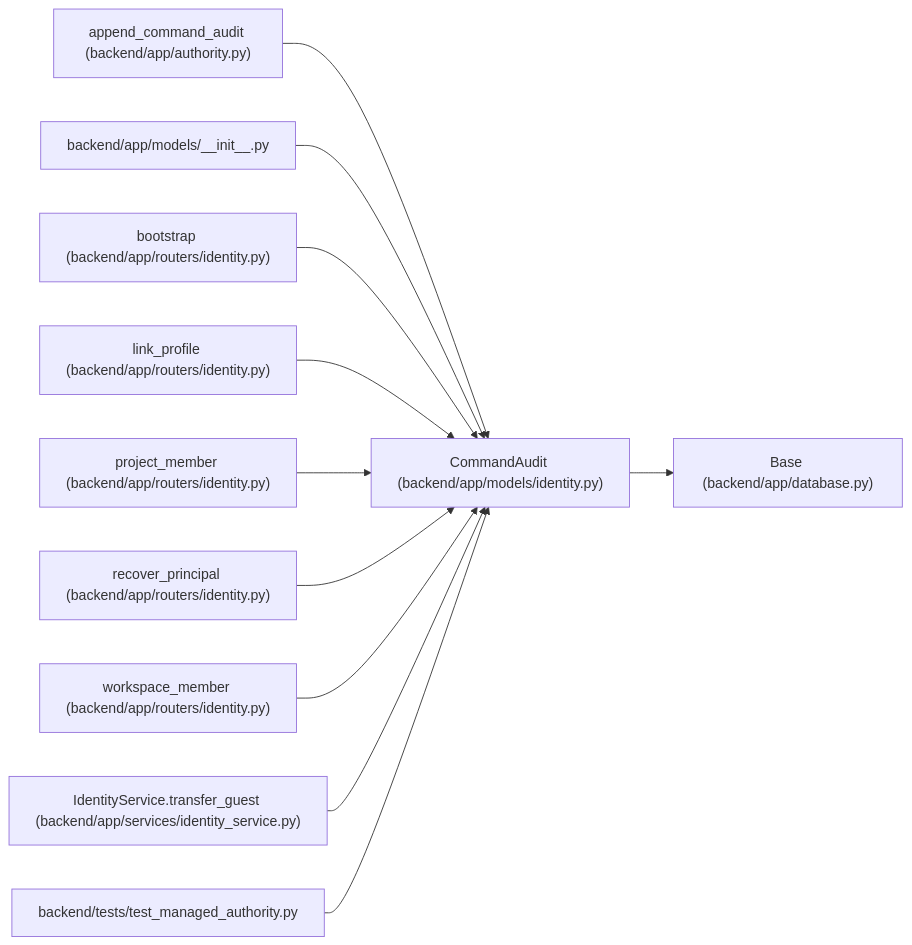
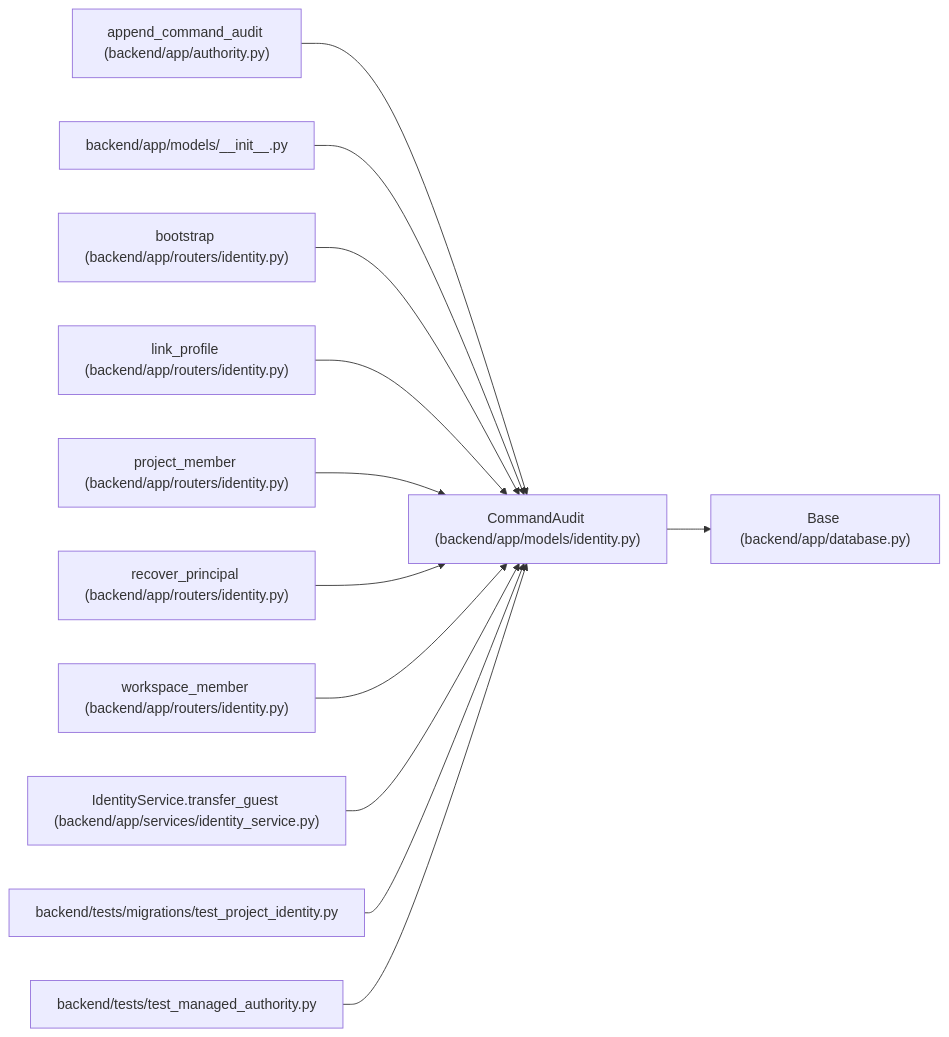
Before and after one commit to Denissvgn/WorkChord: the diagram in docs/llm_wiki/entities/CommandAudit.md, drawn with Mermaid. The commit also changed other lines of this file and 388 other files, not shown here.

Commit message:
docs(wiki): explain project identity migration and allocation floors

````diff
--- a/docs/llm_wiki/entities/CommandAudit.md
+++ b/docs/llm_wiki/entities/CommandAudit.md
@@ -33,35 +33,38 @@
 ```mermaid
 flowchart LR
     n0["CommandAudit (backend/app/models/identity.py)"]
     n1["Base (backend/app/database.py)"]
     n2["append_command_audit (backend/app/authority.py)"]
     n3["backend/app/models/__init__.py"]
     n4["bootstrap (backend/app/routers/identity.py)"]
     n5["link_profile (backend/app/routers/identity.py)"]
     n6["project_member (backend/app/routers/identity.py)"]
     n7["recover_principal (backend/app/routers/identity.py)"]
     n8["workspace_member (backend/app/routers/identity.py)"]
     n9["IdentityService.transfer_guest (backend/app/services/identity_service.py)"]
-    n10["backend/tests/test_managed_authority.py"]
+    n10["backend/tests/migrations/test_project_identity.py"]
+    n11["backend/tests/test_managed_authority.py"]
     n0 --> n1
     n2 --> n0
     n3 --> n0
     n4 --> n0
     n5 --> n0
     n6 --> n0
     n7 --> n0
     n8 --> n0
     n9 --> n0
     n10 --> n0
+    n11 --> n0
     click n0 "../modules/models_identity.md"
     click n1 "../modules/app_database.md"
     click n2 "../modules/authority.md"
     click n3 "../modules/models___init__.md"
     click n4 "../modules/routers_identity.md"
     click n5 "../modules/routers_identity.md"
     click n6 "../modules/routers_identity.md"
     click n7 "../modules/routers_identity.md"
     click n8 "../modules/routers_identity.md"
     click n9 "../modules/identity_service.md"
-    click n10 "../modules/test_managed_authority.md"
+    click n10 "../modules/test_project_identity.md"
+    click n11 "../modules/test_managed_authority.md"
 ```
````
